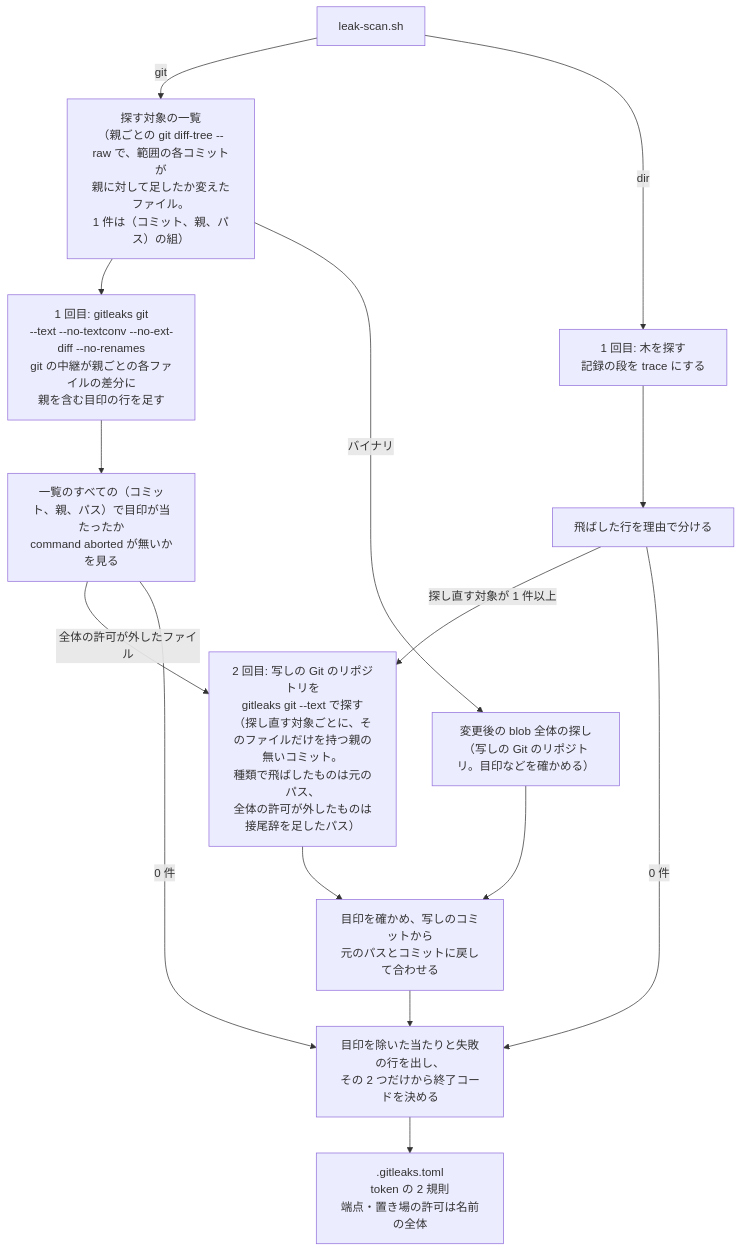
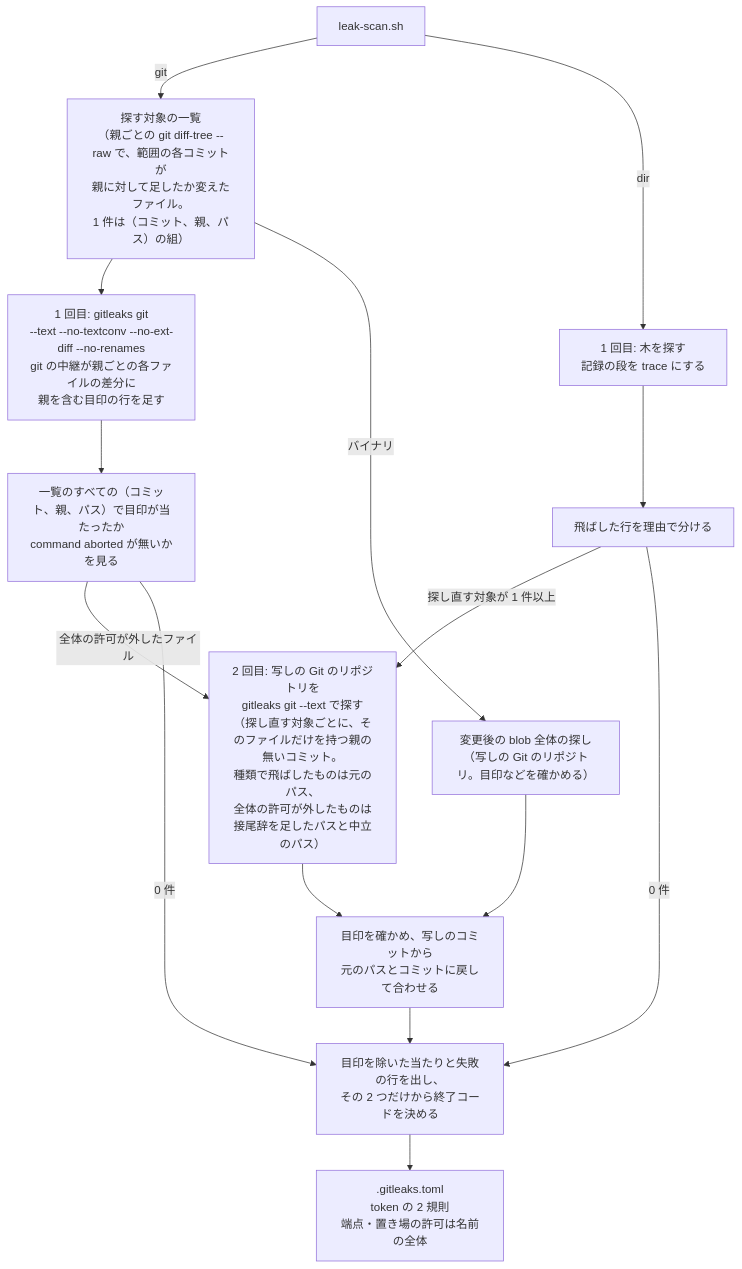
Before and after one commit to devbasex/nd-factory: the second of 3 diagrams in issues/issue-98-design.md, drawn with Mermaid. The commit also changed other lines of this file and 1 other file, not shown here.

````diff
--- a/issues/issue-98-design.md
+++ b/issues/issue-98-design.md
@@ -68,17 +68,17 @@
 ```mermaid
 flowchart TD
     scan["leak-scan.sh"] -->|git| list["探す対象の一覧<br/>（親ごとの git diff-tree --raw で、範囲の各コミットが<br/>親に対して足したか変えたファイル。<br/>1 件は（コミット、親、パス）の組）"]
     list --> ggit["1 回目: gitleaks git<br/>--text --no-textconv --no-ext-diff --no-renames<br/>git の中継が親ごとの各ファイルの差分に<br/>親を含む目印の行を足す"]
     ggit --> gchk["一覧のすべての（コミット、親、パス）で目印が当たったか<br/>command aborted が無いかを見る"]
     scan -->|dir| p1["1 回目: 木を探す<br/>記録の段を trace にする"]
     p1 --> pick["飛ばした行を理由で分ける"]
     gchk -->|全体の許可が外したファイル| p2
     list -->|バイナリ| blob["変更後の blob 全体の探し<br/>（写しの Git のリポジトリ。目印などを確かめる）"]
     blob --> merge
-    pick -->|探し直す対象が 1 件以上| p2["2 回目: 写しの Git のリポジトリを<br/>gitleaks git --text で探す<br/>（探し直す対象ごとに、そのファイルだけを持つ親の無いコミット。<br/>種類で飛ばしたものは元のパス、<br/>全体の許可が外したものは接尾辞を足したパス）"]
+    pick -->|探し直す対象が 1 件以上| p2["2 回目: 写しの Git のリポジトリを<br/>gitleaks git --text で探す<br/>（探し直す対象ごとに、そのファイルだけを持つ親の無いコミット。<br/>種類で飛ばしたものは元のパス、<br/>全体の許可が外したものは接尾辞を足したパスと中立のパス）"]
     p2 --> merge["目印を確かめ、写しのコミットから<br/>元のパスとコミットに戻して合わせる"]
     pick -->|0 件| out["目印を除いた当たりと失敗の行を出し、<br/>その 2 つだけから終了コードを決める"]
     gchk -->|0 件| out
     merge --> out
     out --> rules[".gitleaks.toml<br/>token の 2 規則<br/>端点・置き場の許可は名前の全体"]
 ```
````
